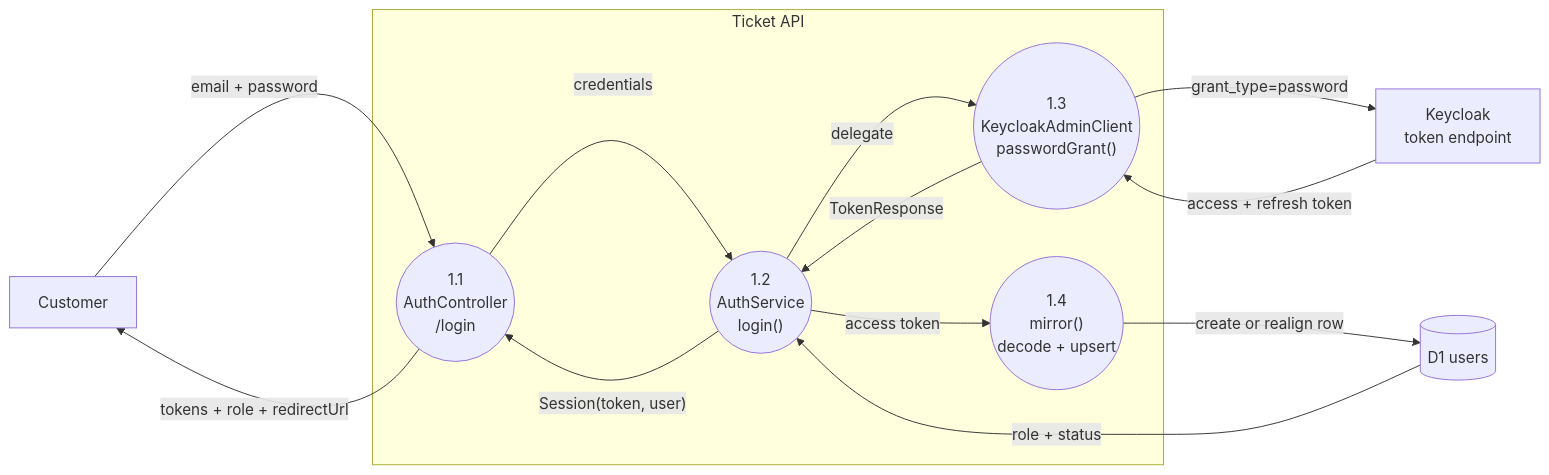
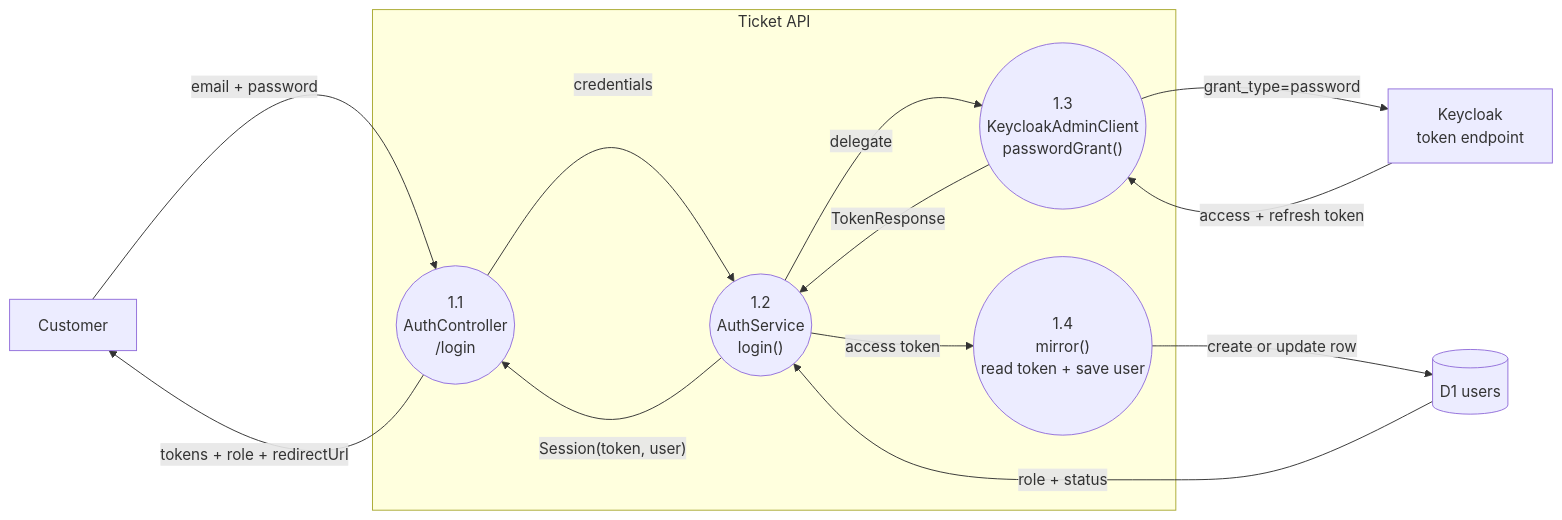
The first of 2 diagrams in AUTH-DEMO.md (SarornChhairann/movie_ticket_api), drawn with Mermaid before and after one commit. The commit also changed other lines of this file and 35 other files, not shown here.

````diff
--- a/AUTH-DEMO.md
+++ b/AUTH-DEMO.md
@@ -30,26 +33,26 @@
 ```mermaid
 flowchart LR
     CUST["Customer"]
 
     subgraph app["Ticket API"]
         P11(("1.1<br/>AuthController<br/>/login"))
         P12(("1.2<br/>AuthService<br/>login()"))
         P13(("1.3<br/>KeycloakAdminClient<br/>passwordGrant()"))
-        P14(("1.4<br/>mirror()<br/>decode + upsert"))
+        P14(("1.4<br/>mirror()<br/>read token + save user"))
     end
 
     KC["Keycloak<br/>token endpoint"]
     D1[("D1  users")]
 
     CUST -->|"email + password"| P11
     P11 -->|"credentials"| P12
     P12 -->|"delegate"| P13
     P13 -->|"grant_type=password"| KC
     KC -->|"access + refresh token"| P13
     P13 -->|"TokenResponse"| P12
     P12 -->|"access token"| P14
-    P14 -->|"create or realign row"| D1
+    P14 -->|"create or update row"| D1
     D1 -->|"role + status"| P12
     P12 -->|"Session(token, user)"| P11
     P11 -->|"tokens + role + redirectUrl"| CUST
 ```
````
